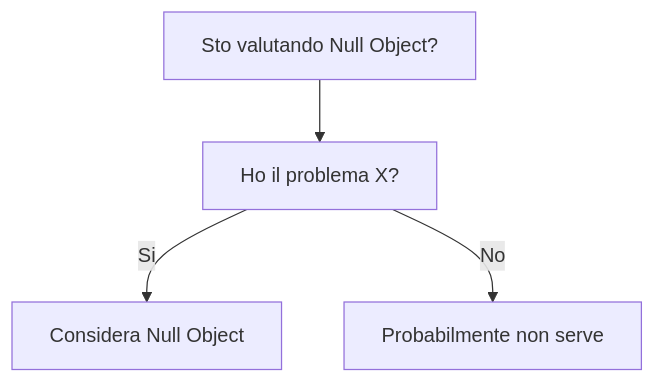
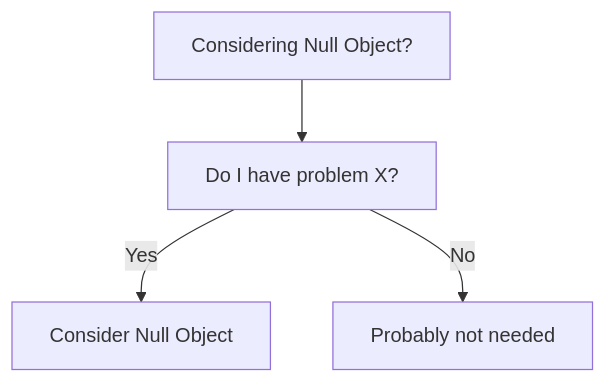
One commit to HxT9/Software-Dev-Wiki changed the diagram in dev-wiki/03_Design_Patterns/Behavioral/Null_Object/When_To_Use.md. Above: the diagram before and after it, drawn with Mermaid. The commit also changed other lines of this file and 3444 other files, not shown here.

````diff
--- a/dev-wiki/03_Design_Patterns/Behavioral/Null_Object/When_To_Use.md
+++ b/dev-wiki/03_Design_Patterns/Behavioral/Null_Object/When_To_Use.md
@@ -19,6 +19,6 @@
 ```mermaid
 flowchart TD
-  Q[Sto valutando Null Object?] --> Q1[Ho il problema X?]
-  Q1 -->|Si| OK[Considera Null Object]
-  Q1 -->|No| NO[Probabilmente non serve]
+  Q[Considering Null Object?] --> Q1[Do I have problem X?]
+  Q1 -->|Yes| OK[Consider Null Object]
+  Q1 -->|No| NO[Probably not needed]
 ```
````
